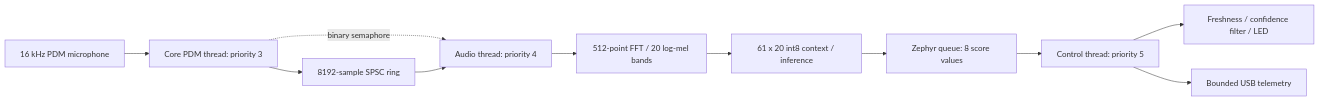
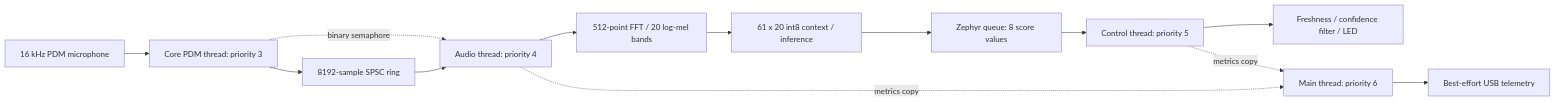
Before and after one commit to NetKit-Labs/kwskit: the diagram in README.md, drawn with Mermaid. The commit also changed other lines of this file and 44 other files, not shown here.

````diff
--- a/README.md
+++ b/README.md
@@ -52,13 +52,15 @@
 ```mermaid
 flowchart LR
     MIC["16 kHz PDM microphone"] --> PDM["Core PDM thread: priority 3"]
     PDM --> RING["8192-sample SPSC ring"]
     PDM -. "binary semaphore" .-> AUDIO["Audio thread: priority 4"]
     RING --> AUDIO
     AUDIO --> FEATURES["512-point FFT / 20 log-mel bands"]
     FEATURES --> MODEL["61 x 20 int8 context / inference"]
     MODEL --> EVENTS["Zephyr queue: 8 score values"]
     EVENTS --> CONTROL["Control thread: priority 5"]
     CONTROL --> LED["Freshness / confidence filter / LED"]
-    CONTROL --> USB["Bounded USB telemetry"]
+    CONTROL -. "metrics copy" .-> MAIN["Main thread: priority 6"]
+    AUDIO -. "metrics copy" .-> MAIN
+    MAIN --> USB["Best-effort USB telemetry"]
 ```
````
